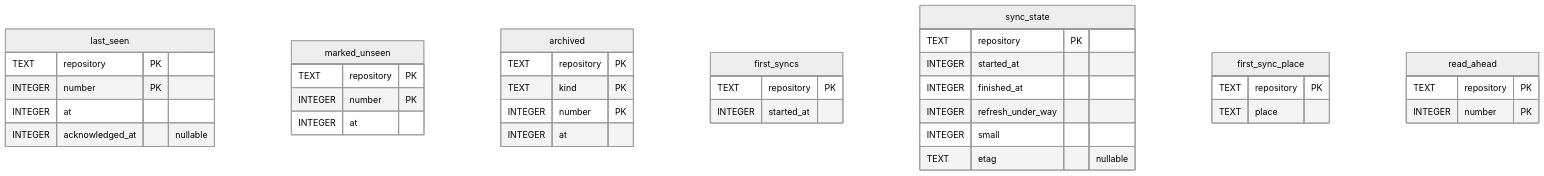
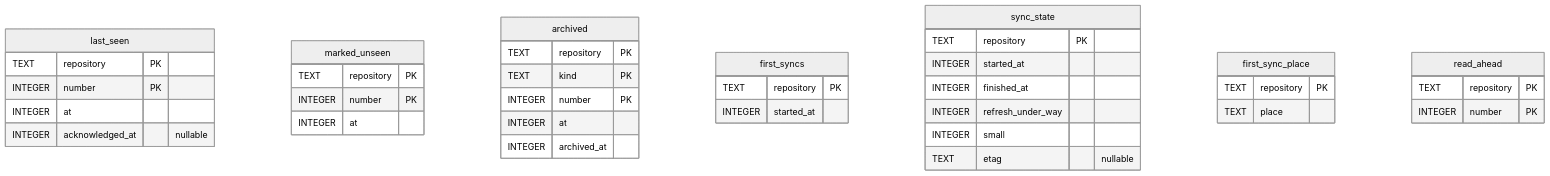
Before and after one commit to tsugiki/tsugiki: the fourth of 4 diagrams in docs/schema.md, drawn with Mermaid (neutral theme). The commit also changed 28 other files, not shown here.

````diff
--- a/docs/schema.md
+++ b/docs/schema.md
@@ -261,40 +261,41 @@
 ```mermaid
 erDiagram
     last_seen {
         TEXT repository PK
         INTEGER number PK
         INTEGER at
         INTEGER acknowledged_at "nullable"
     }
     marked_unseen {
         TEXT repository PK
         INTEGER number PK
         INTEGER at
     }
     archived {
         TEXT repository PK
         TEXT kind PK
         INTEGER number PK
         INTEGER at
+        INTEGER archived_at
     }
     first_syncs {
         TEXT repository PK
         INTEGER started_at
     }
     sync_state {
         TEXT repository PK
         INTEGER started_at
         INTEGER finished_at
         INTEGER refresh_under_way
         INTEGER small
         TEXT etag "nullable"
     }
     first_sync_place {
         TEXT repository PK
         TEXT place
     }
     read_ahead {
         TEXT repository PK
         INTEGER number PK
     }
 ```
````
